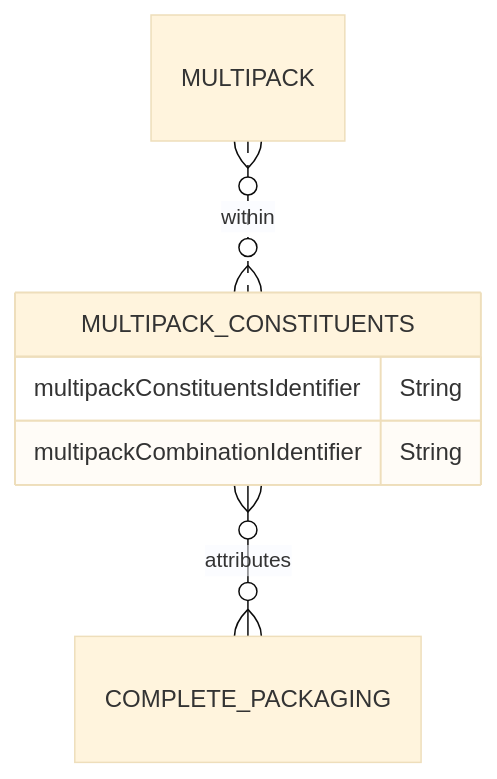
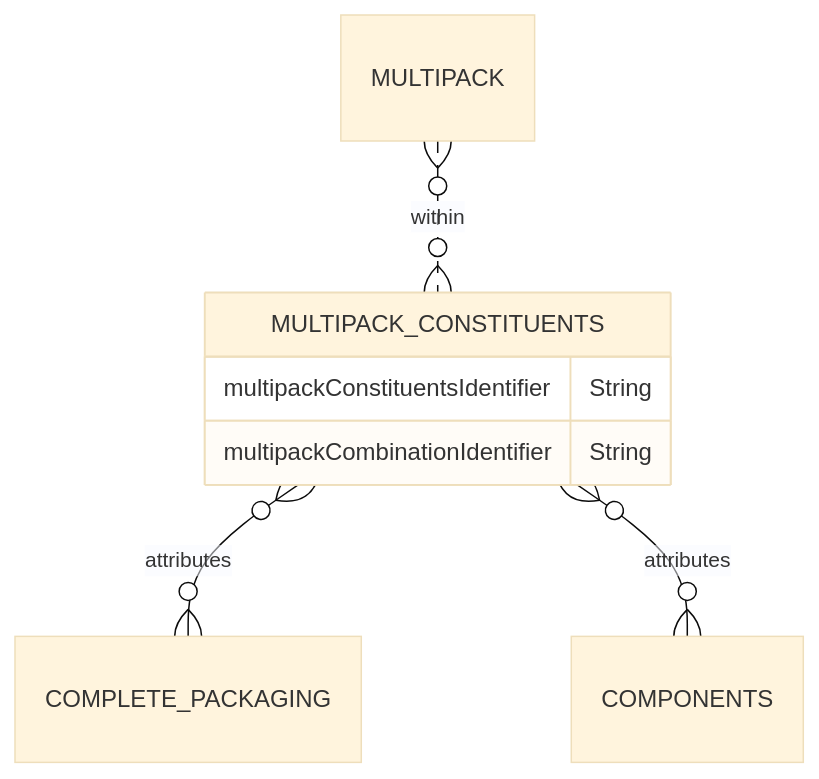
One commit to OpenDataManchester/Open3P changed the diagram in docs/6_Relationship_Lists/6_004_Multipack_Constituents.md. Above: the diagram before and after it, drawn with Mermaid (base theme). The commit also changed other lines of this file and 3 other files, not shown here.

````diff
--- a/docs/6_Relationship_Lists/6_004_Multipack_Constituents.md
+++ b/docs/6_Relationship_Lists/6_004_Multipack_Constituents.md
@@ -18,10 +18,11 @@
 ``` mermaid
 erDiagram
 
   MULTIPACK }o..o{ MULTIPACK_CONSTITUENTS : within
   MULTIPACK_CONSTITUENTS {
     multipackConstituentsIdentifier String
     multipackCombinationIdentifier String
   }
   MULTIPACK_CONSTITUENTS }o--o{ COMPLETE_PACKAGING : attributes
+  MULTIPACK_CONSTITUENTS }o--o{ COMPONENTS : attributes
 ```
````
